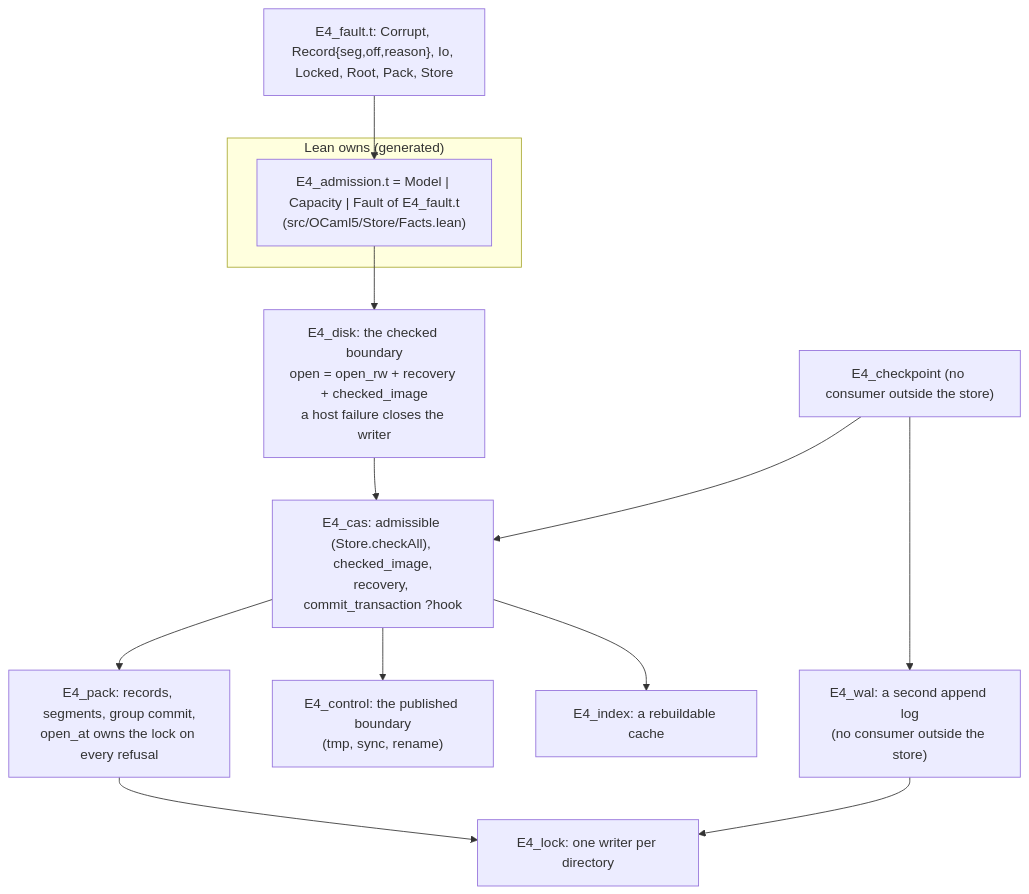
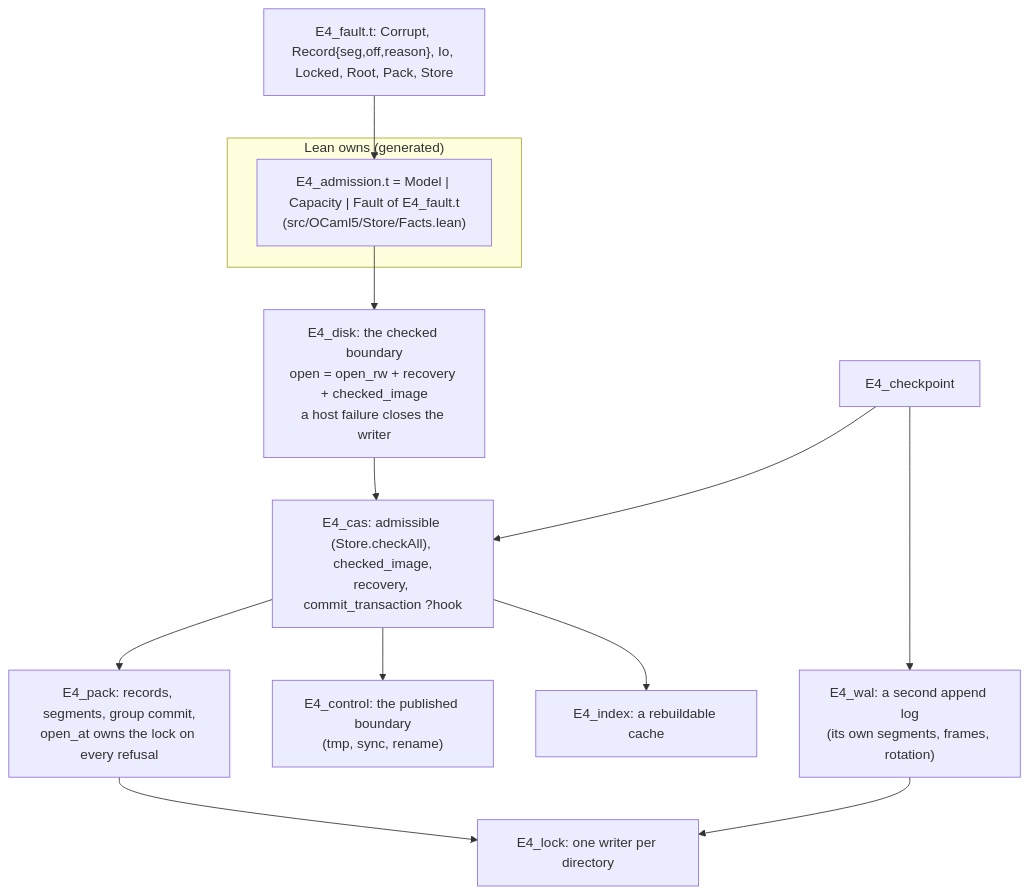
Before and after one commit to pure-algebra/lean4-effect4: the diagram in docs/research/2026-10-19-quality-review/coherence.md, drawn with Mermaid. The commit also changed other lines of this file and 3 other files, not shown here.

````diff
--- a/docs/research/2026-10-19-quality-review/coherence.md
+++ b/docs/research/2026-10-19-quality-review/coherence.md
@@ -20,25 +19,25 @@
 ```mermaid
 flowchart TB
   subgraph Lean["Lean owns (generated)"]
     ADM["E4_admission.t = Model | Capacity | Fault of E4_fault.t<br/>(src/OCaml5/Store/Facts.lean)"]
   end
   FAULT["E4_fault.t: Corrupt, Record{seg,off,reason}, Io, Locked, Root, Pack, Store"]
   DISK["E4_disk: the checked boundary<br/>open = open_rw + recovery + checked_image<br/>a host failure closes the writer"]
   CAS["E4_cas: admissible (Store.checkAll), checked_image,<br/>recovery, commit_transaction ?hook"]
   PACK["E4_pack: records, segments, group commit,<br/>open_at owns the lock on every refusal"]
   CTRL["E4_control: the published boundary<br/>(tmp, sync, rename)"]
   IDX["E4_index: a rebuildable cache"]
   LOCK["E4_lock: one writer per directory"]
-  WAL["E4_wal: a second append log<br/>(no consumer outside the store)"]
-  CP["E4_checkpoint (no consumer outside the store)"]
+  WAL["E4_wal: a second append log<br/>(its own segments, frames, rotation)"]
+  CP["E4_checkpoint"]
   FAULT --> ADM
   ADM --> DISK
   DISK --> CAS
   CAS --> PACK
   CAS --> CTRL
   CAS --> IDX
   PACK --> LOCK
   WAL --> LOCK
   CP --> WAL
   CP --> CAS
 ```
````
